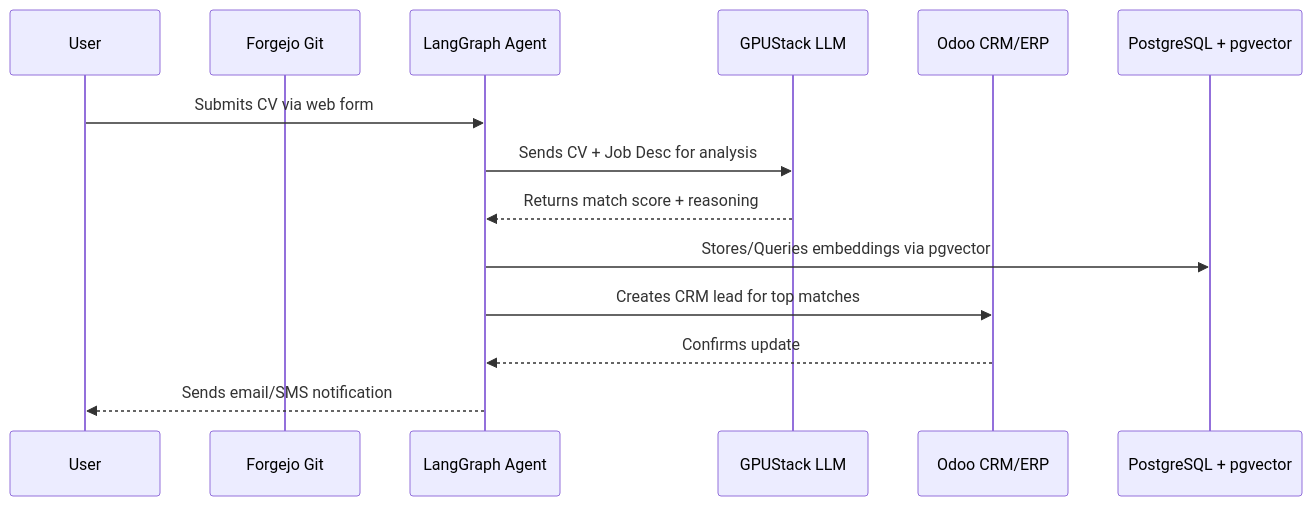
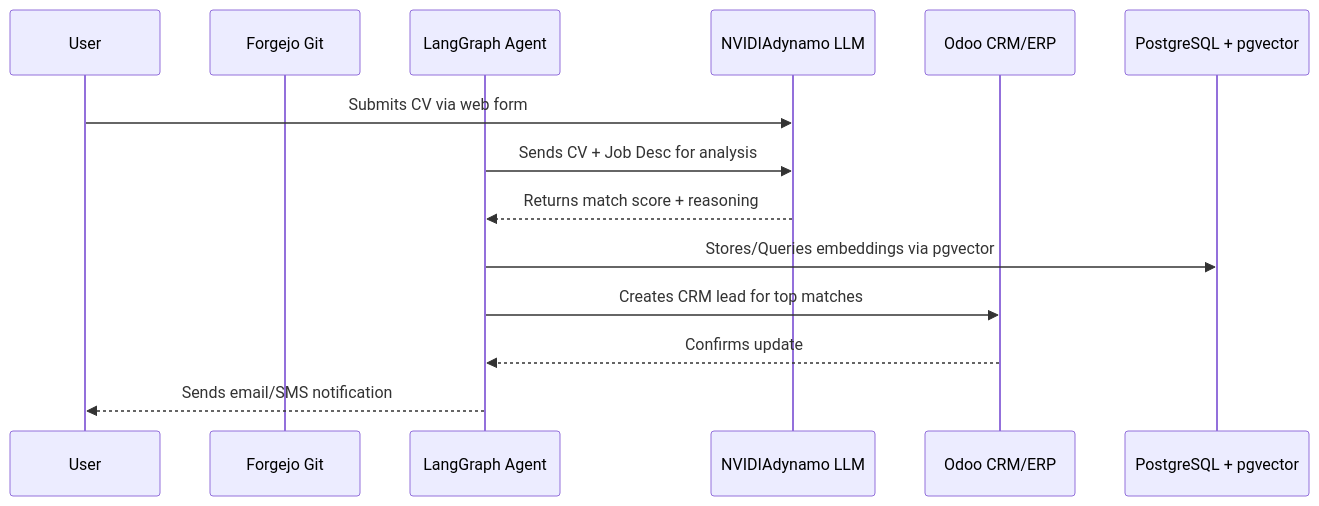
Before and after one commit to nettrades/nettrades-platform: the diagram in docs/user/job-matching.md, drawn with Mermaid. The commit also changed 56 other files, not shown here.

````diff
--- a/docs/user/job-matching.md
+++ b/docs/user/job-matching.md
@@ -24,17 +24,17 @@
 ```mermaid
 sequenceDiagram
     participant User
     participant Forgejo as Forgejo Git
     participant LangGraph as LangGraph Agent
-    participant GPUStack as GPUStack LLM
+    participant NVIDIAdynamo as NVIDIAdynamo LLM
     participant Odoo as Odoo CRM/ERP
     participant PG as PostgreSQL + pgvector
 
-    User->>LangGraph: Submits CV via web form
-    LangGraph->>GPUStack: Sends CV + Job Desc for analysis
-    GPUStack-->>LangGraph: Returns match score + reasoning
+    User->>NVIDIAdynamo: Submits CV via web form
+    LangGraph->>NVIDIAdynamo: Sends CV + Job Desc for analysis
+    NVIDIAdynamo-->>LangGraph: Returns match score + reasoning
     LangGraph->>PG: Stores/Queries embeddings via pgvector
     LangGraph->>Odoo: Creates CRM lead for top matches
     Odoo-->>LangGraph: Confirms update
     LangGraph-->>User: Sends email/SMS notification
 ```
````
